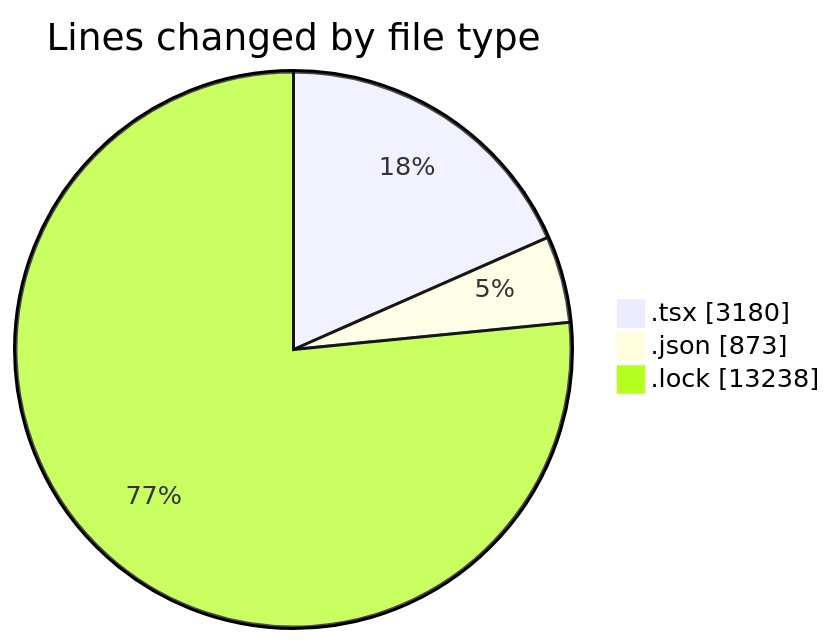
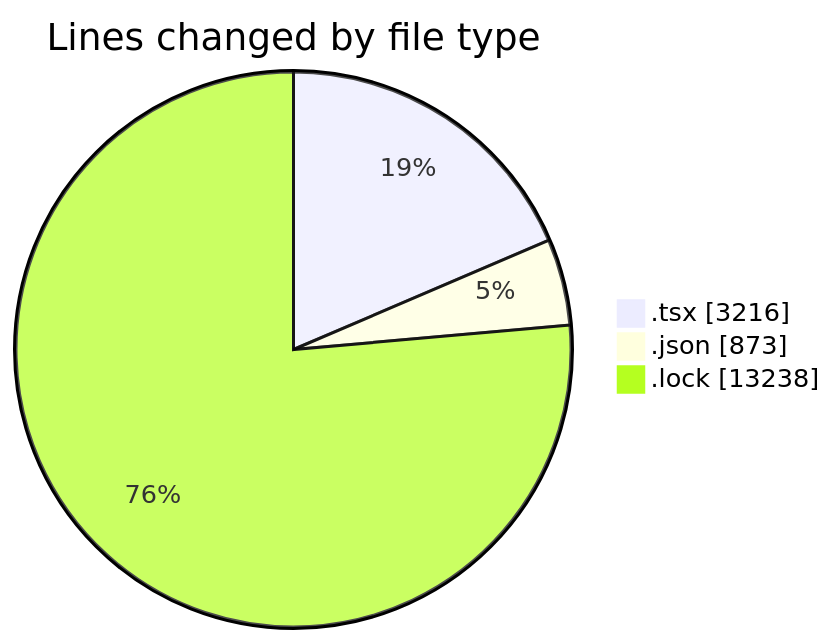
The first of 2 diagrams in 2026-01-09/cda/README.md (momahboobian/code-tracking), drawn with Mermaid before and after one commit. The commit also changed other lines of this file and 1 other file, not shown here.

````diff
--- a/2026-01-09/cda/README.md
+++ b/2026-01-09/cda/README.md
@@ -26,7 +26,7 @@
 ```mermaid
 pie showData
 title Lines changed by file type
-".tsx" : 3180
+".tsx" : 3216
 ".json" : 873
 ".lock" : 13238
 ```
````
